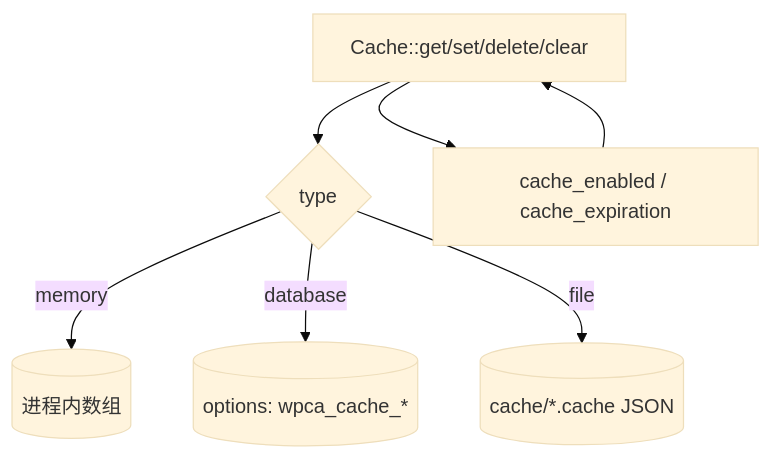
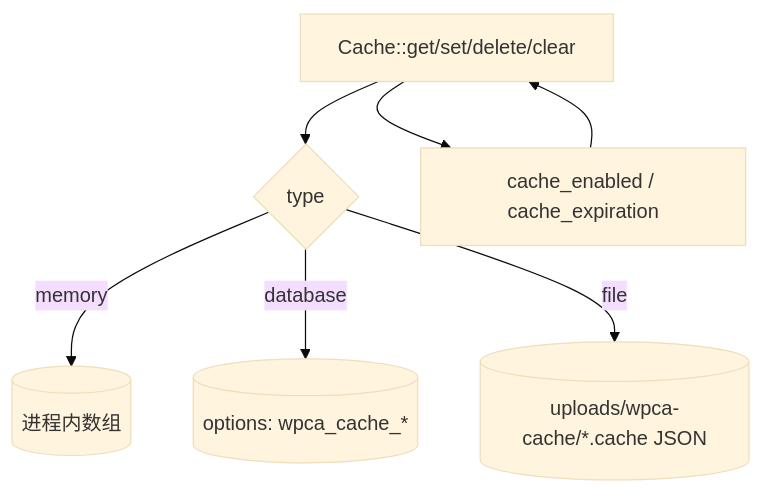
One commit to Tanox/WP-Clean-Admin changed the fifth of 6 diagrams in docs/功能模块说明.md. Above: the diagram before and after it, drawn with Mermaid (base theme). The commit also changed other lines of this file and 5 other files, not shown here.

````diff
--- a/docs/功能模块说明.md
+++ b/docs/功能模块说明.md
@@ -142,9 +142,9 @@
 ```mermaid
 flowchart TD
     A[Cache::get/set/delete/clear] --> B{type}
     B -->|memory| M[(进程内数组)]
     B -->|database| D[(options: wpca_cache_*)]
-    B -->|file| F[(cache/*.cache JSON)]
+    B -->|file| F[(uploads/wpca-cache/*.cache JSON)]
     A --> C[cache_enabled / cache_expiration]
     C --> A
 ```
````
